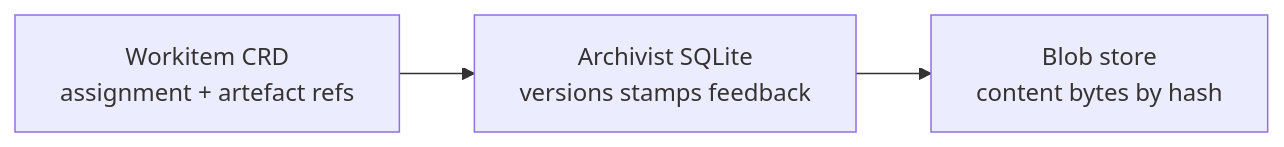
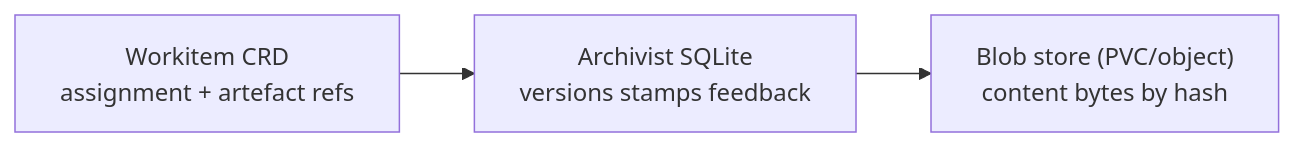
The second of 3 diagrams in 02-flow/02-workitem.md (really-knows-ai/gideas), drawn with Mermaid before and after one commit. The commit also changed 2 other files, not shown here.

Commit message:
docs(flow): clarify Archivist storage backend semantics

````diff
--- a/02-flow/02-workitem.md
+++ b/02-flow/02-workitem.md
@@ -107,5 +107,5 @@
 ```mermaid
 flowchart LR
     WI["Workitem CRD<br/>assignment + artefact refs"] --> ARDB["Archivist SQLite<br/>versions stamps feedback"]
-    ARDB --> BL["Blob store<br/>content bytes by hash"]
+    ARDB --> BL["Blob store (PVC/object)<br/>content bytes by hash"]
 ```
````
